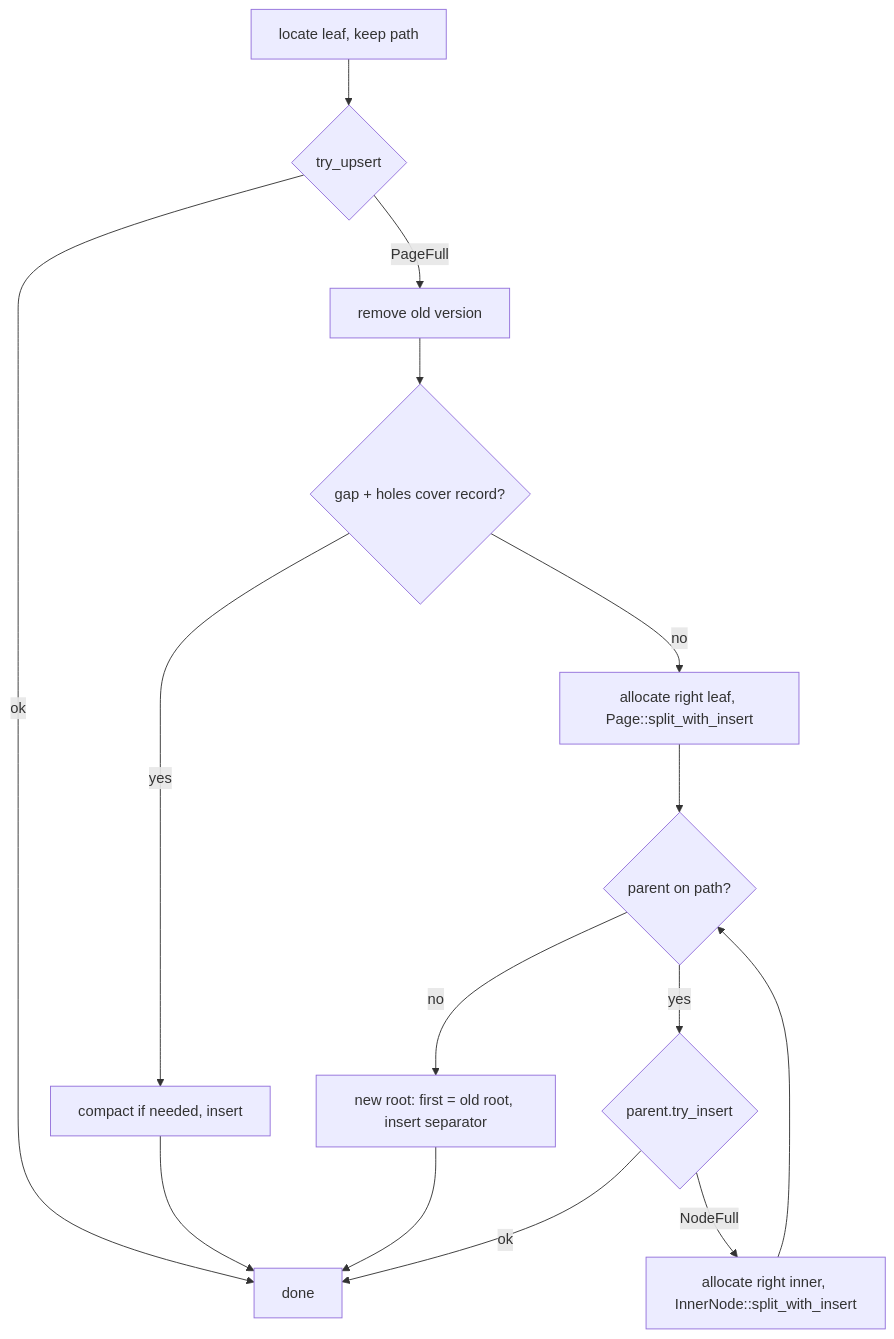
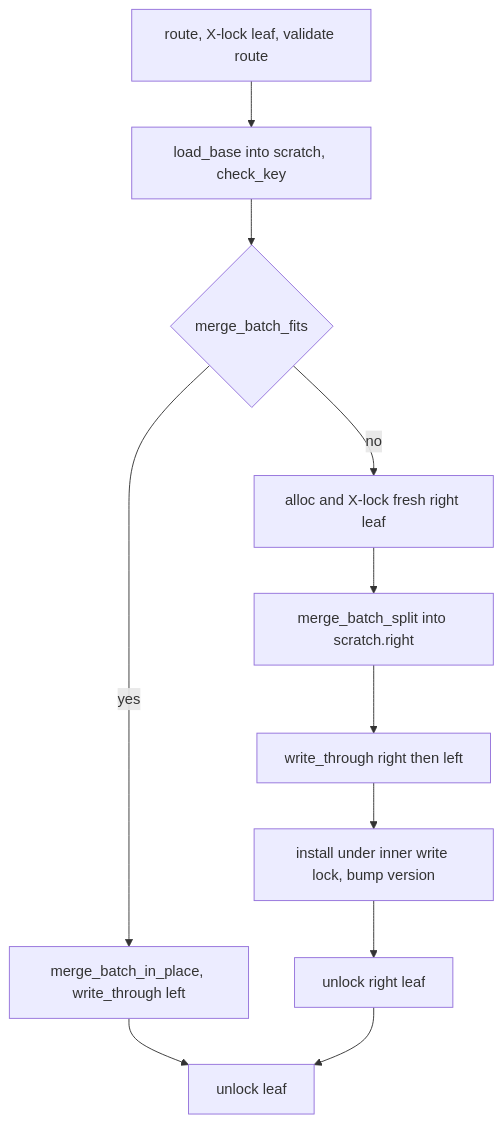
Before and after one commit to raydatray/peppydb: the second of 2 diagrams in docs/design/bf-tree-structure.md, drawn with Mermaid. The commit also changed other lines of this file and 9 other files, not shown here.

````diff
--- a/docs/design/bf-tree-structure.md
+++ b/docs/design/bf-tree-structure.md
@@ -67,14 +94,11 @@
 ```mermaid
 flowchart TD
-    A[locate leaf, keep path] --> B{try_upsert}
-    B -->|ok| Z[done]
-    B -->|PageFull| C[remove old version]
-    C --> D{gap + holes cover record?}
-    D -->|yes| E[compact if needed, insert] --> Z
-    D -->|no| F[allocate right leaf, Page::split_with_insert]
-    F --> G{parent on path?}
-    G -->|no| H[new root: first = old root, insert separator] --> Z
-    G -->|yes| I{parent.try_insert}
-    I -->|ok| Z
-    I -->|NodeFull| J[allocate right inner, InnerNode::split_with_insert] --> G
+    A[route, X-lock leaf, validate route] --> B[load_base into scratch, check_key]
+    B --> C{merge_batch_fits}
+    C -->|yes| D[merge_batch_in_place, write_through left] --> Z[unlock leaf]
+    C -->|no| E[alloc and X-lock fresh right leaf]
+    E --> F[merge_batch_split into scratch.right]
+    F --> G[write_through right then left]
+    G --> H[install under inner write lock, bump version]
+    H --> I[unlock right leaf] --> Z
 ```
````
